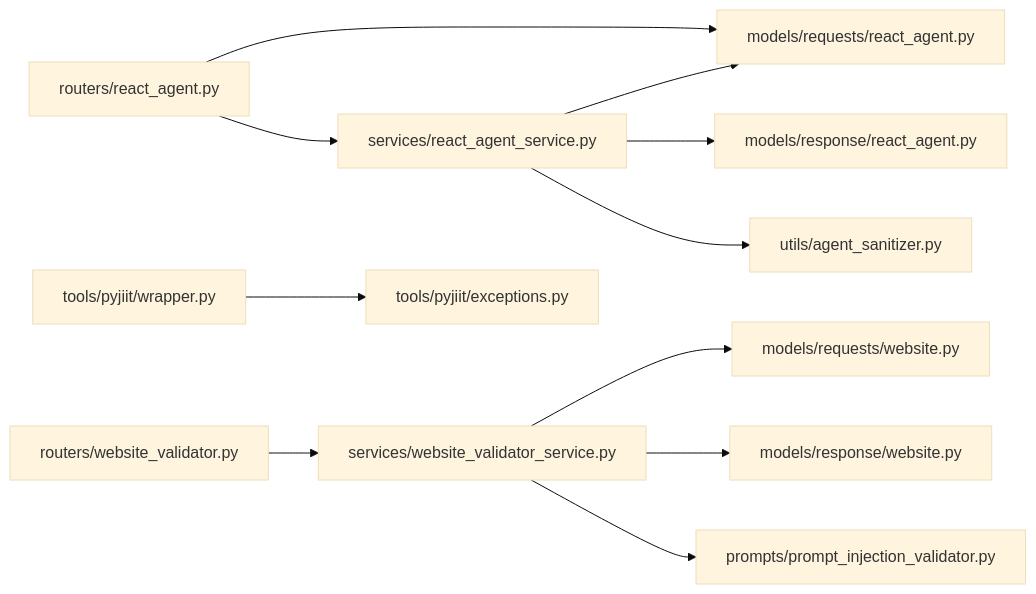
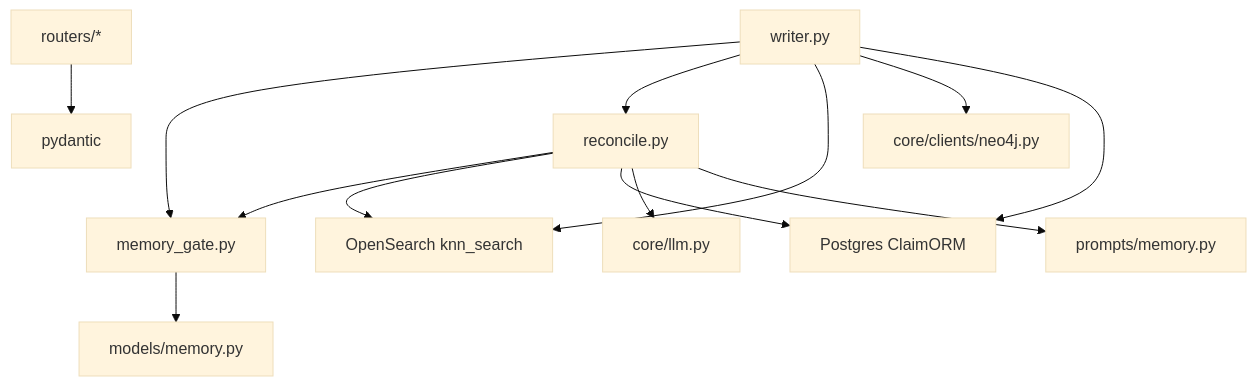
The seventh of 7 diagrams in src/data/docs/agentic-browser/Data Models and Schemas/Validation and Error Handling.md (tashifkhan/tashif.codes), drawn with Mermaid (base theme) before and after one commit. The commit also changed other lines of this file and 114 other files, not shown here.

````diff
--- a/src/data/docs/agentic-browser/Data Models and Schemas/Validation and Error Handling.md
+++ b/src/data/docs/agentic-browser/Data Models and Schemas/Validation and Error Handling.md
@@ -257,13 +227,15 @@
 ```mermaid
-graph LR
-RA["routers/react_agent.py"] --> RAS["services/react_agent_service.py"]
-RA --> RAM["models/requests/react_agent.py"]
-RAS --> RAM
-RAS --> RAR["models/response/react_agent.py"]
-WV["routers/website_validator.py"] --> WVS["services/website_validator_service.py"]
-WVS --> WRM["models/requests/website.py"]
-WVS --> WRR["models/response/website.py"]
-WVS --> PINJ["prompts/prompt_injection_validator.py"]
-RAS --> SAN["utils/agent_sanitizer.py"]
-PYWR["tools/pyjiit/wrapper.py"] --> PYEX["tools/pyjiit/exceptions.py"]
+graph TB
+  GA["memory_gate.py"] --> MD["models/memory.py"]
+  RC["reconcile.py"] --> GA
+  RC --> OS["OpenSearch knn_search"]
+  RC --> PG["Postgres ClaimORM"]
+  RC --> LLM["core/llm.py"]
+  RC --> PM["prompts/memory.py"]
+  WR["writer.py"] --> GA
+  WR --> RC
+  WR --> OS
+  WR --> N4["core/clients/neo4j.py"]
+  WR --> PG
+  ROUTES["routers/*"] --> PYD["pydantic"]
 ```
````
